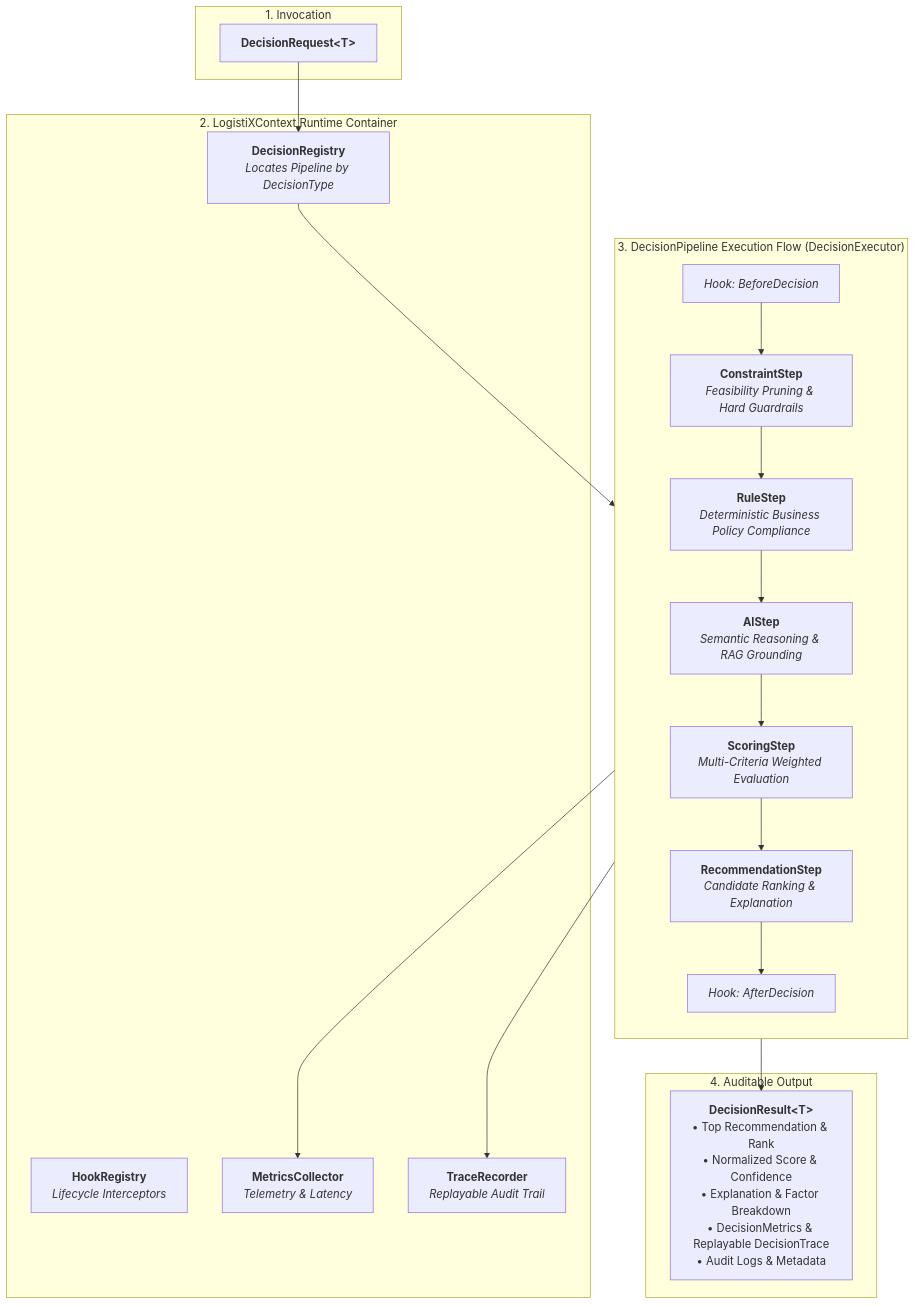
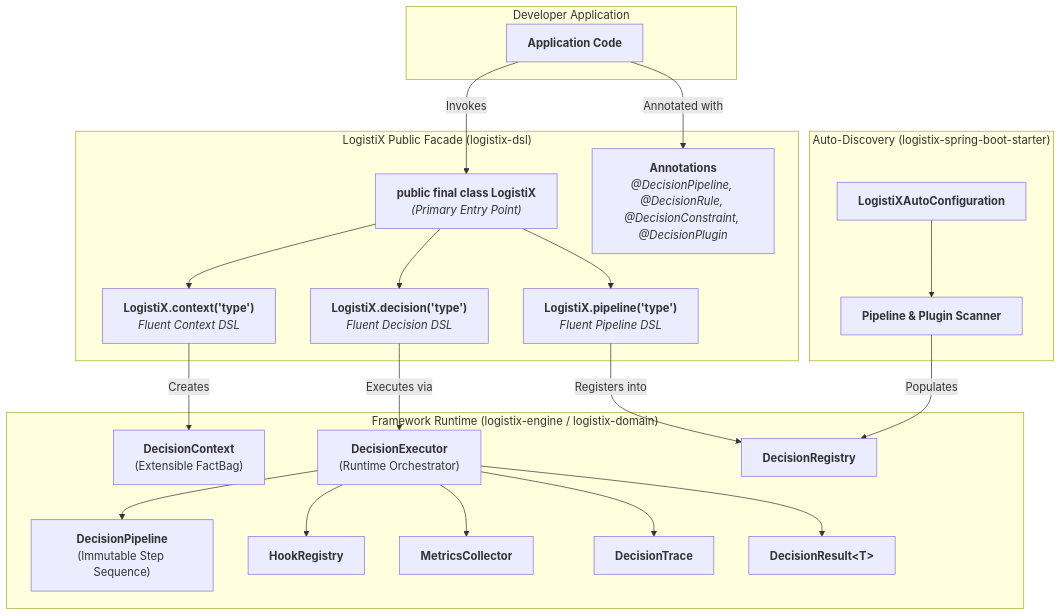
One commit to venukommu/LogistiX changed the first of 2 diagrams in architecture/ARCHITECTURE.md. Above: the diagram before and after it, drawn with Mermaid. The commit also changed other lines of this file and 41 other files, not shown here.

First line of the commit message:
feat(dx): architect logistix-dsl, public LogistiX entry point, and Spring Boot Starter

````diff
--- a/architecture/ARCHITECTURE.md
+++ b/architecture/ARCHITECTURE.md
@@ -41,43 +13,46 @@
 ```mermaid
 flowchart TD
-    subgraph Client ["1. Invocation"]
-        REQ["<b>DecisionRequest&lt;T&gt;</b>"]
+    subgraph DeveloperCode ["Developer Application"]
+        APP["<b>Application Code</b>"]
     end
 
-    subgraph Container ["2. LogistiXContext Runtime Container"]
-        REG["<b>DecisionRegistry</b><br/><i>Locates Pipeline by DecisionType</i>"]
-        HOOKS["<b>HookRegistry</b><br/><i>Lifecycle Interceptors</i>"]
-        METRICS["<b>MetricsCollector</b><br/><i>Telemetry & Latency</i>"]
-        TRACE["<b>TraceRecorder</b><br/><i>Replayable Audit Trail</i>"]
+    subgraph PublicAPI ["LogistiX Public Facade (logistix-dsl)"]
+        LX["<b>public final class LogistiX</b><br/><i>(Primary Entry Point)</i>"]
+        DSL_DEC["<b>LogistiX.decision('type')</b><br/><i>Fluent Decision DSL</i>"]
+        DSL_PIP["<b>LogistiX.pipeline('type')</b><br/><i>Fluent Pipeline DSL</i>"]
+        DSL_CTX["<b>LogistiX.context('type')</b><br/><i>Fluent Context DSL</i>"]
+        ANN["<b>Annotations</b><br/><i>@DecisionPipeline, @DecisionRule, @DecisionConstraint, @DecisionPlugin</i>"]
     end
 
-    subgraph Pipeline ["3. DecisionPipeline Execution Flow (DecisionExecutor)"]
-        direction TB
-        H_BEFORE["<i>Hook: BeforeDecision</i>"]
-        
-        STEP1["<b>ConstraintStep</b><br/><i>Feasibility Pruning & Hard Guardrails</i>"]
-        STEP2["<b>RuleStep</b><br/><i>Deterministic Business Policy Compliance</i>"]
-        STEP3["<b>AIStep</b><br/><i>Semantic Reasoning & RAG Grounding</i>"]
-        STEP4["<b>ScoringStep</b><br/><i>Multi-Criteria Weighted Evaluation</i>"]
-        STEP5["<b>RecommendationStep</b><br/><i>Candidate Ranking & Explanation</i>"]
-        
-        H_AFTER["<i>Hook: AfterDecision</i>"]
-        
-        H_BEFORE --> STEP1
-        STEP1 --> STEP2
-        STEP2 --> STEP3
-        STEP3 --> STEP4
-        STEP4 --> STEP5
-        STEP5 --> H_AFTER
+    subgraph EngineRuntime ["Framework Runtime (logistix-engine / logistix-domain)"]
+        CTX["<b>DecisionContext</b><br/>(Extensible FactBag)"]
+        PIPE["<b>DecisionPipeline</b><br/>(Immutable Step Sequence)"]
+        EXEC["<b>DecisionExecutor</b><br/>(Runtime Orchestrator)"]
+        REG["<b>DecisionRegistry</b>"]
+        HOOKS["<b>HookRegistry</b>"]
+        METRICS["<b>MetricsCollector</b>"]
+        TRACE["<b>DecisionTrace</b>"]
+        RES["<b>DecisionResult&lt;T&gt;</b>"]
     end
 
-    subgraph Output ["4. Auditable Output"]
-        RES["<b>DecisionResult&lt;T&gt;</b><br/>• Top Recommendation & Rank<br/>• Normalized Score & Confidence<br/>• Explanation & Factor Breakdown<br/>• DecisionMetrics & Replayable DecisionTrace<br/>• Audit Logs & Metadata"]
+    subgraph SpringBoot ["Auto-Discovery (logistix-spring-boot-starter)"]
+        AUTO["<b>LogistiXAutoConfiguration</b>"]
+        SCAN["<b>Pipeline & Plugin Scanner</b>"]
     end
 
-    REQ --> REG
-    REG --> Pipeline
-    Pipeline --> METRICS
-    Pipeline --> TRACE
-    Pipeline --> RES
+    APP -->|Invokes| LX
+    LX --> DSL_DEC
+    LX --> DSL_PIP
+    LX --> DSL_CTX
+    APP -->|Annotated with| ANN
+    DSL_DEC -->|Executes via| EXEC
+    DSL_PIP -->|Registers into| REG
+    DSL_CTX -->|Creates| CTX
+    EXEC --> PIPE
+    EXEC --> HOOKS
+    EXEC --> METRICS
+    EXEC --> TRACE
+    EXEC --> RES
+    AUTO --> SCAN
+    SCAN -->|Populates| REG
 ```
````
